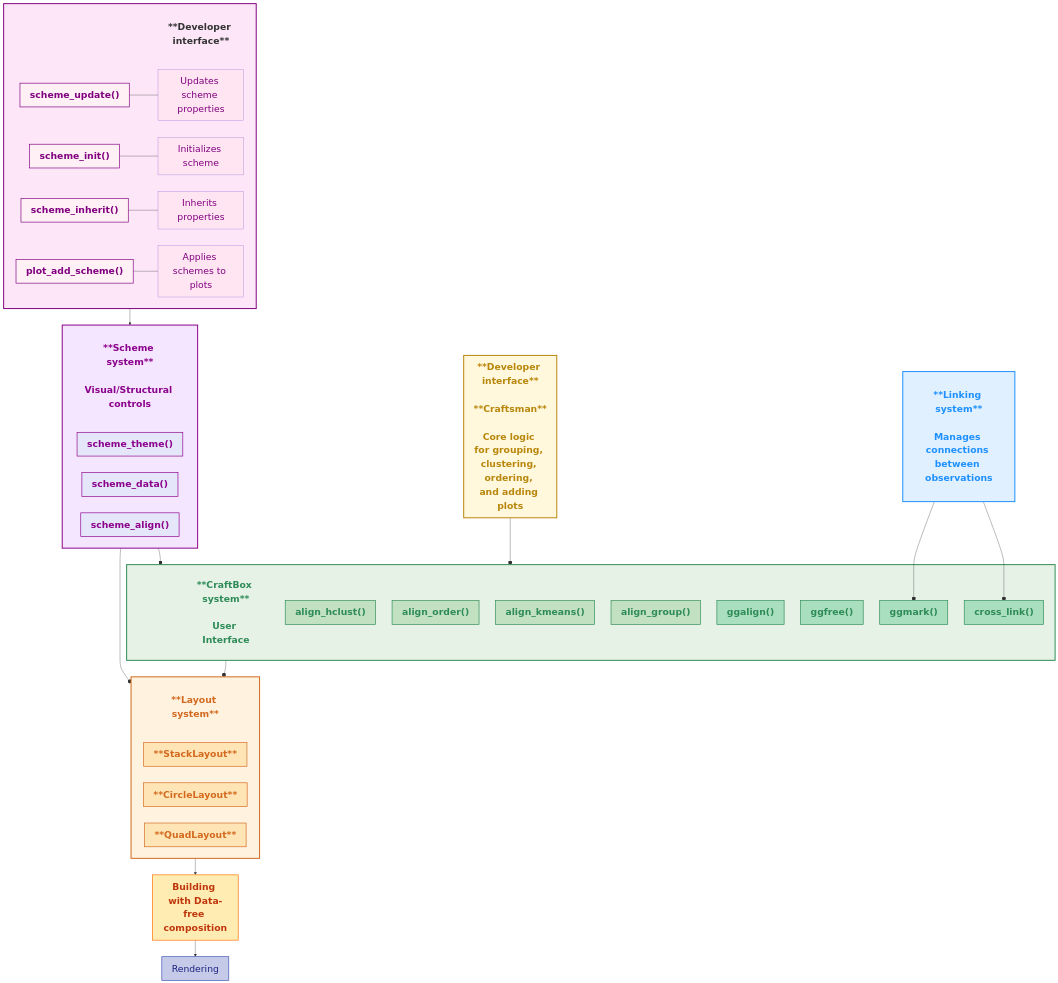
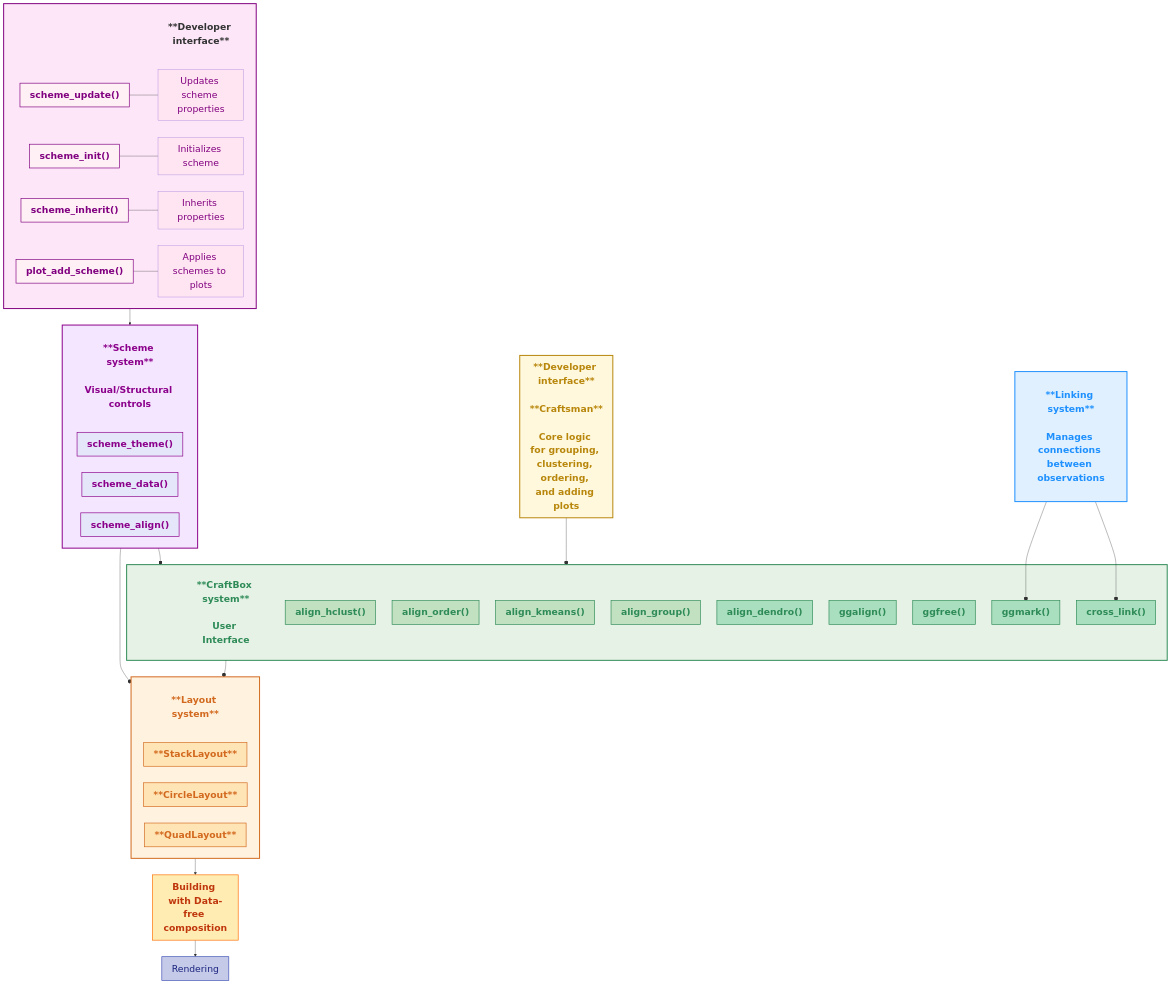
The second of 2 diagrams in introduction.qmd (Yunuuuu/ggalign-book), drawn with Mermaid before and after one commit.

Commit message:
data-aware mermaid: add align_dendro

```diff
--- a/introduction.qmd
+++ b/introduction.qmd
@@ -219,6 +219,7 @@
         %% AlignKmeansDesc["K-means clustering"]
         %% AlignGroupDesc["Manual grouping"]
 
+        AlignDendro["align_dendro()"]
         Ggalign["ggalign()"]
         Ggfree["ggfree()"]
         Ggmark["ggmark()"]
@@ -245,6 +246,7 @@
     style AlignKmeans fill:#C1E1C1,stroke:#2E8B57,stroke-width:2px,color:#2E8B57,font-weight:bold,font-size:28px
     style AlignGroup fill:#C1E1C1,stroke:#2E8B57,stroke-width:2px,color:#2E8B57,font-weight:bold,font-size:28px
 
+    style AlignDendro fill:#A9DFBF,stroke:#2E8B57,stroke-width:2px,color:#2E8B57,font-weight:bold,font-size:28px
     style Ggalign fill:#A9DFBF,stroke:#2E8B57,stroke-width:2px,color:#2E8B57,font-weight:bold,font-size:28px
     style Ggfree fill:#A9DFBF,stroke:#2E8B57,stroke-width:2px,color:#2E8B57,font-weight:bold,font-size:28px
     style Ggmark fill:#A9DFBF,stroke:#2E8B57,stroke-width:2px,color:#2E8B57,font-weight:bold,font-size:28px
```
